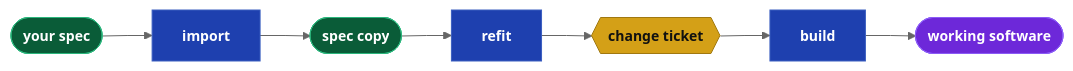
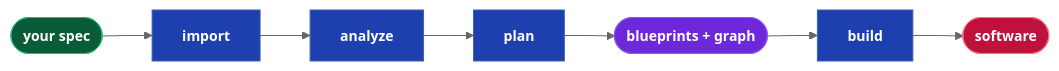
One commit to webcloudstudio/Drydock changed the first of 3 diagrams in docs/papers/SDD_Optimal_Path_to_Managing_Changed_Specifications.md. Above: the diagram before and after it, drawn with Mermaid. The commit also changed other lines of this file and 2 other files, not shown here.

````diff
--- a/docs/papers/SDD_Optimal_Path_to_Managing_Changed_Specifications.md
+++ b/docs/papers/SDD_Optimal_Path_to_Managing_Changed_Specifications.md
@@ -80,20 +43,18 @@
 ```mermaid
 %%{init: {'theme': 'neutral', 'flowchart': {'curve': 'linear'}, 'themeVariables': {'fontSize': '14px'}}}%%
 flowchart LR
   classDef dir    fill:#0a5c38,stroke:#2cb67d,color:#fff,font-weight:bold
-  classDef md     fill:#d4a017,stroke:#a07810,color:#111,font-weight:bold
   classDef script fill:#1e40af,stroke:#3b5fc0,color:#fff,font-weight:bold
-  classDef prompt fill:#c2410c,stroke:#ea580c,color:#fff,font-weight:bold
   classDef output fill:#6d28d9,stroke:#8b5cf6,color:#fff,font-weight:bold
   classDef web    fill:#be123c,stroke:#fb7185,color:#fff,font-weight:bold
 
-  SRC(["your spec"]):::dir
+  SPEC(["your spec"]):::dir
   IMP["import"]:::script
-  COPY(["spec copy"]):::dir
-  REF["refit"]:::script
-  TIX{{"change ticket"}}:::md
+  ANA["analyze"]:::script
+  PLN["plan"]:::script
+  BP(["blueprints + graph"]):::output
   BLD["build"]:::script
-  PROD(["working software"]):::output
+  SW(["software"]):::web
 
-  SRC --> IMP --> COPY --> REF --> TIX --> BLD --> PROD
+  SPEC --> IMP --> ANA --> PLN --> BP --> BLD --> SW
 ```
````
